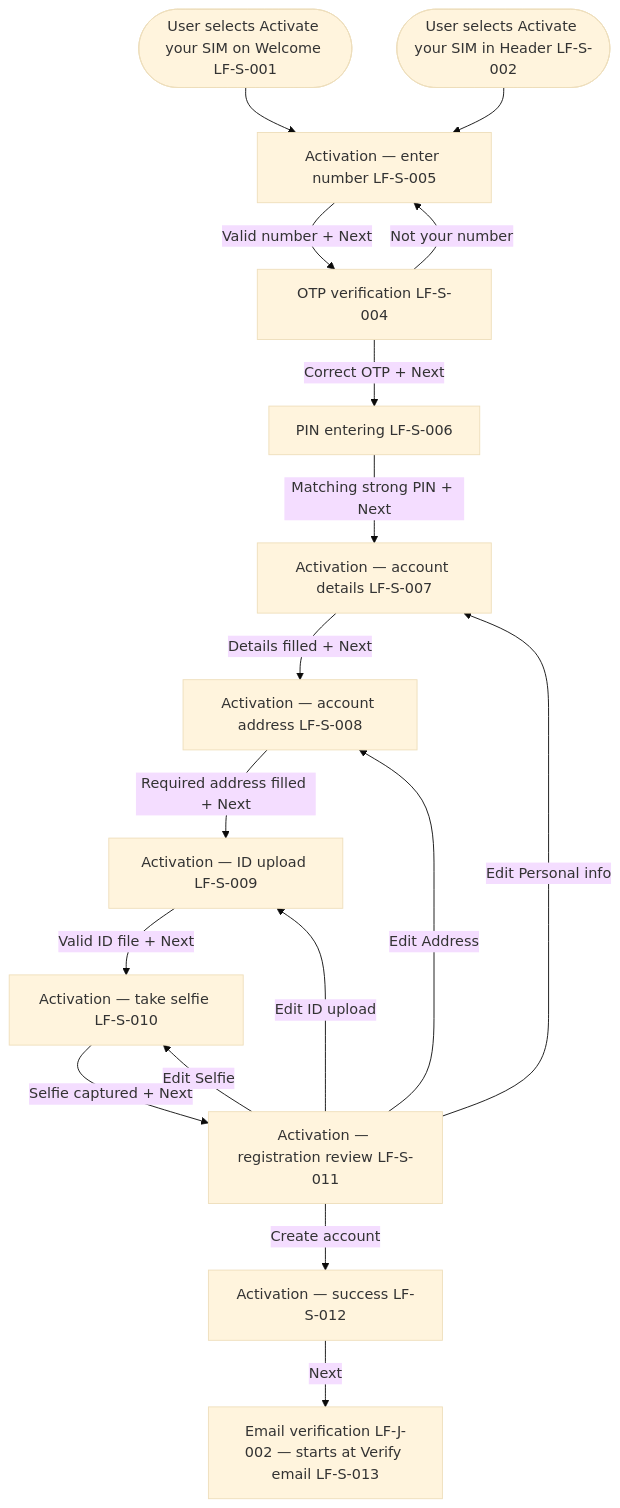
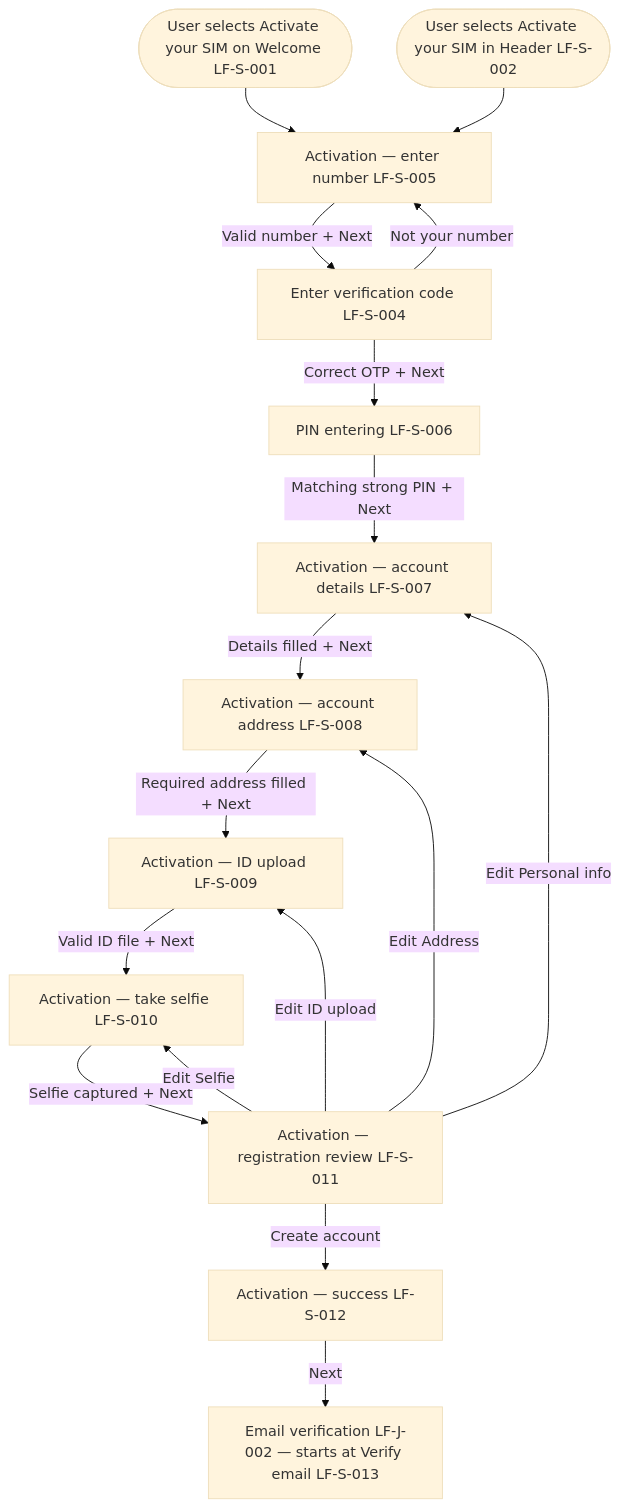
Before and after one commit to nandong-tech/product-management: the diagram in prebuilt_prds/LF-J-001-create-account.md, drawn with Mermaid (base theme). The commit also changed other lines of this file and 73 other files, not shown here.

````diff
--- a/prebuilt_prds/LF-J-001-create-account.md
+++ b/prebuilt_prds/LF-J-001-create-account.md
@@ -81,19 +72,19 @@
 ```mermaid
 flowchart TD
   startWelcome([User selects Activate your SIM on Welcome LF-S-001]) --> enterNumber[Activation — enter number LF-S-005]
   startHeader([User selects Activate your SIM in Header LF-S-002]) --> enterNumber
-  enterNumber -->|Valid number + Next| otp[OTP verification LF-S-004]
+  enterNumber -->|Valid number + Next| otp[Enter verification code LF-S-004]
   otp -->|Correct OTP + Next| pin[PIN entering LF-S-006]
   otp -->|Not your number| enterNumber
   pin -->|Matching strong PIN + Next| details[Activation — account details LF-S-007]
   details -->|Details filled + Next| address[Activation — account address LF-S-008]
   address -->|Required address filled + Next| idUpload[Activation — ID upload LF-S-009]
   idUpload -->|Valid ID file + Next| selfie[Activation — take selfie LF-S-010]
   selfie -->|Selfie captured + Next| review[Activation — registration review LF-S-011]
   review -->|Edit Personal info| details
   review -->|Edit Address| address
   review -->|Edit ID upload| idUpload
   review -->|Edit Selfie| selfie
   review -->|Create account| success[Activation — success LF-S-012]
   success -->|Next| emailVerify[Email verification LF-J-002 — starts at Verify email LF-S-013]
 ```
````
